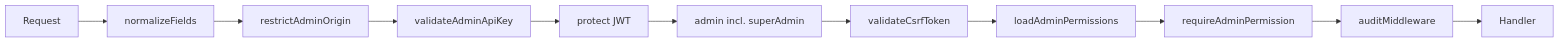
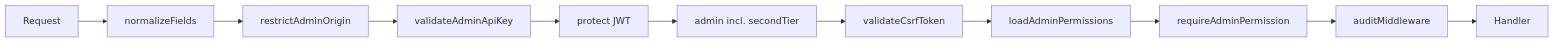
Before and after one commit to premchadda/2.1: the third of 3 diagrams in docs/ARCHITECTURE.md, drawn with Mermaid. The commit also changed other lines of this file and 349 other files, not shown here.

````diff
--- a/docs/ARCHITECTURE.md
+++ b/docs/ARCHITECTURE.md
@@ -121,6 +121,6 @@
 ```mermaid
 flowchart LR
   Req[Request] --> NF[normalizeFields] --> RO[restrictAdminOrigin] --> AK[validateAdminApiKey]
-  --> P[protect JWT] --> AD[admin incl. superAdmin] --> CS[validateCsrfToken]
+  --> P[protect JWT] --> AD[admin incl. secondTier] --> CS[validateCsrfToken]
   --> LP[loadAdminPermissions] --> RP[requireAdminPermission] --> AU[auditMiddleware] --> H[Handler]
 ```
````
